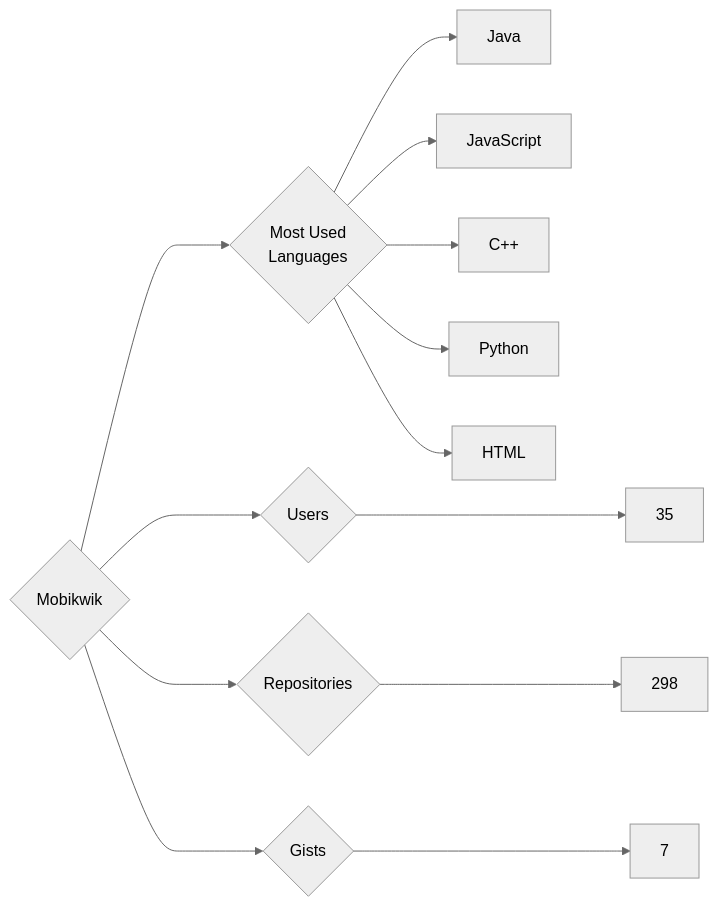
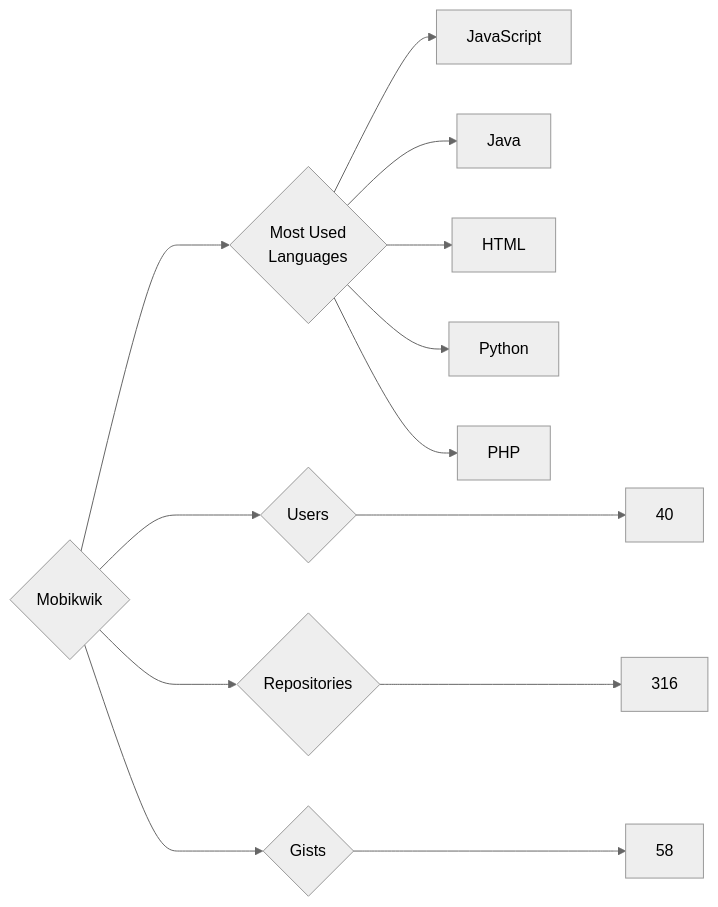
The diagram in targets/Mobikwik/README.md (trickest/insiders), drawn with Mermaid (neutral theme) before and after one commit. The commit also changed 953 other files, not shown here.

````diff
--- a/targets/Mobikwik/README.md
+++ b/targets/Mobikwik/README.md
@@ -3,13 +3,13 @@
 ```mermaid
 graph LR
 COMPANY_NAME{Mobikwik}
-COMPANY_NAME ---> U{Users} ---> UN[35]
-COMPANY_NAME ---> R{Repositories} ---> RN[298]
-COMPANY_NAME ---> G{Gists} ---> GN[7]
+COMPANY_NAME ---> U{Users} ---> UN[40]
+COMPANY_NAME ---> R{Repositories} ---> RN[316]
+COMPANY_NAME ---> G{Gists} ---> GN[58]
 COMPANY_NAME ---> ML{Most Used<br>Languages}
+ML --> JavaScript[JavaScript]
 ML --> Java[Java]
-ML --> JavaScript[JavaScript]
-ML --> C++[C++]
+ML --> HTML[HTML]
 ML --> Python[Python]
-ML --> HTML[HTML]
+ML --> PHP[PHP]
 ```
````
